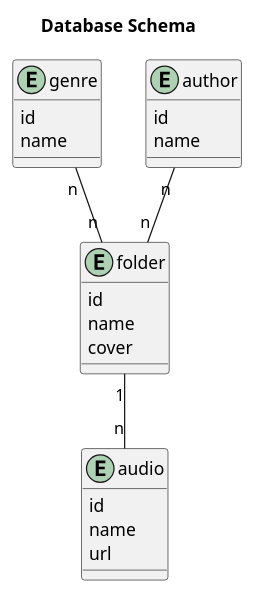
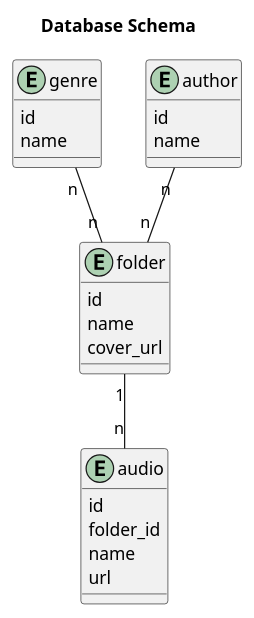
One commit to Alex-Ruzsicska/audio-streamer changed the diagram in docs/diagrams/database/schema.puml. Above: the diagram before and after it, drawn with PlantUML. The commit also changed 26 other files, not shown here.

```diff
--- a/docs/diagrams/database/schema.puml
+++ b/docs/diagrams/database/schema.puml
@@ -1,28 +1,29 @@
 @startuml Database Schema
     title Database Schema
 
     entity audio {
         id
+        folder_id
         name
         url
     }
     entity folder {
         id
         name
-        cover
+        cover_url
     }
     entity genre {
         id
         name
     }
     entity author {
         id
         name
     }
 
 
     author "n" -- "n" folder
     folder "1" -- "n" audio
     genre "n" -- "n" folder
 
 @enduml
```
